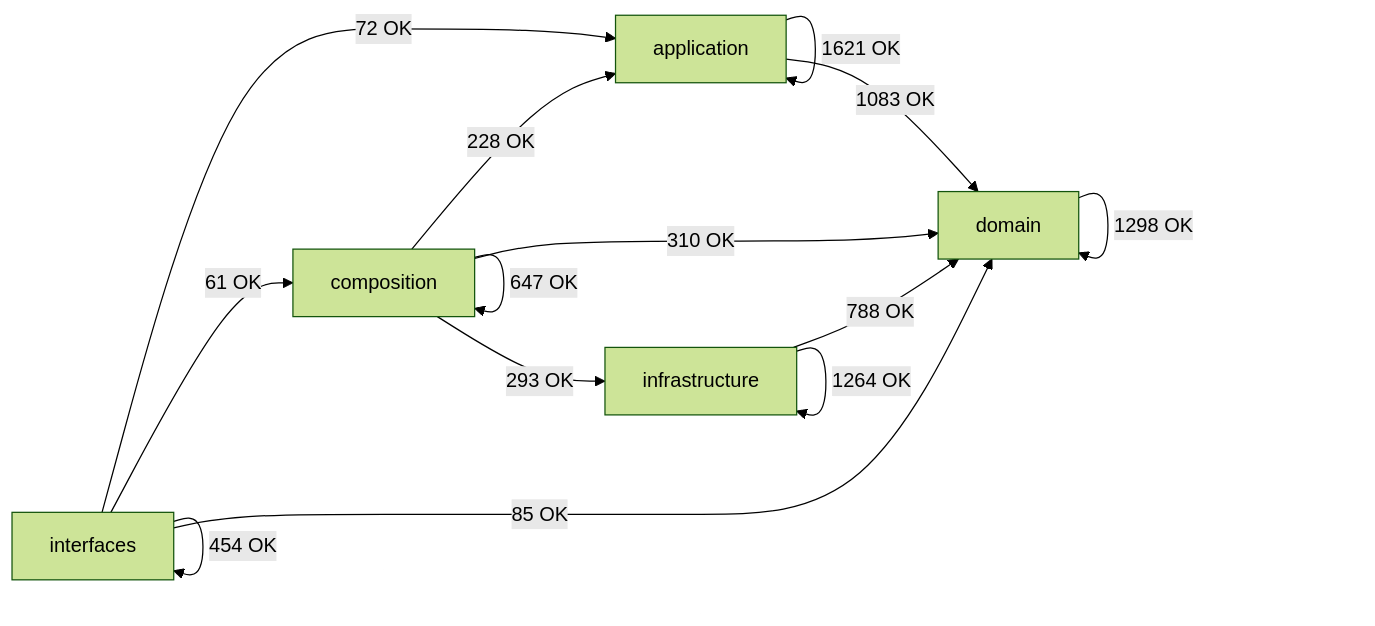
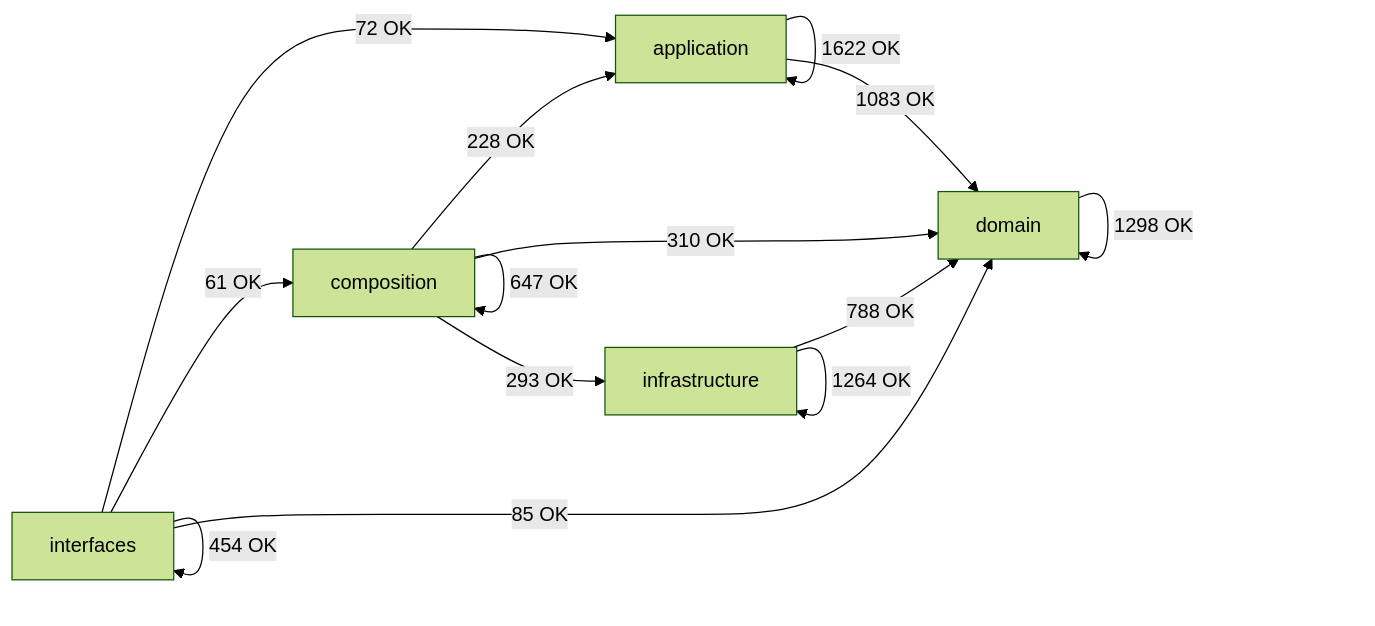
The diagram in docs/02-architecture/generated/module-dependency-map.md (SatoryKono/BioactivityDataAcquisition), drawn with Mermaid (forest theme) before and after one commit. The commit also changed other lines of this file and 14 other files, not shown here.

````diff
--- a/docs/02-architecture/generated/module-dependency-map.md
+++ b/docs/02-architecture/generated/module-dependency-map.md
@@ -17,21 +17,21 @@
 ```mermaid
 flowchart LR
     domain[domain]
     application[application]
     infrastructure[infrastructure]
     composition[composition]
     interfaces[interfaces]
-    application -->|1621 OK| application
+    application -->|1622 OK| application
     application -->|1083 OK| domain
     composition -->|228 OK| application
     composition -->|647 OK| composition
     composition -->|310 OK| domain
     composition -->|293 OK| infrastructure
     domain -->|1298 OK| domain
     infrastructure -->|788 OK| domain
     infrastructure -->|1264 OK| infrastructure
     interfaces -->|72 OK| application
     interfaces -->|61 OK| composition
     interfaces -->|85 OK| domain
     interfaces -->|454 OK| interfaces
 ```
````
